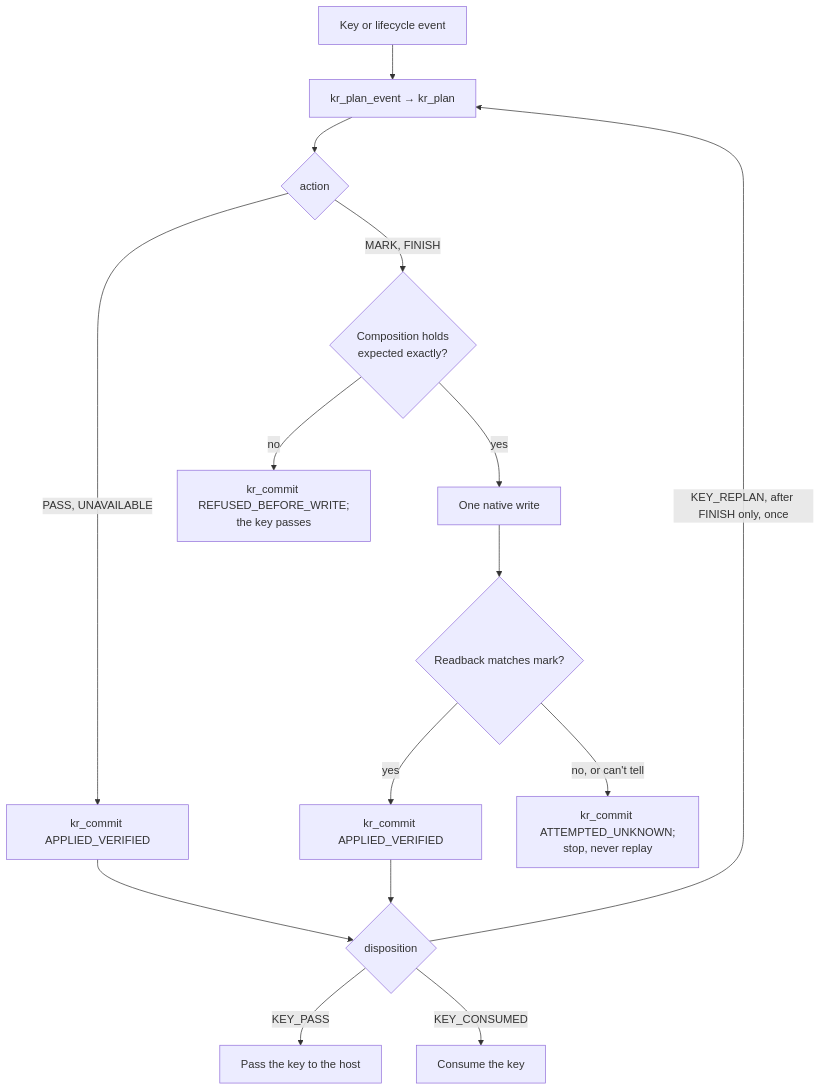
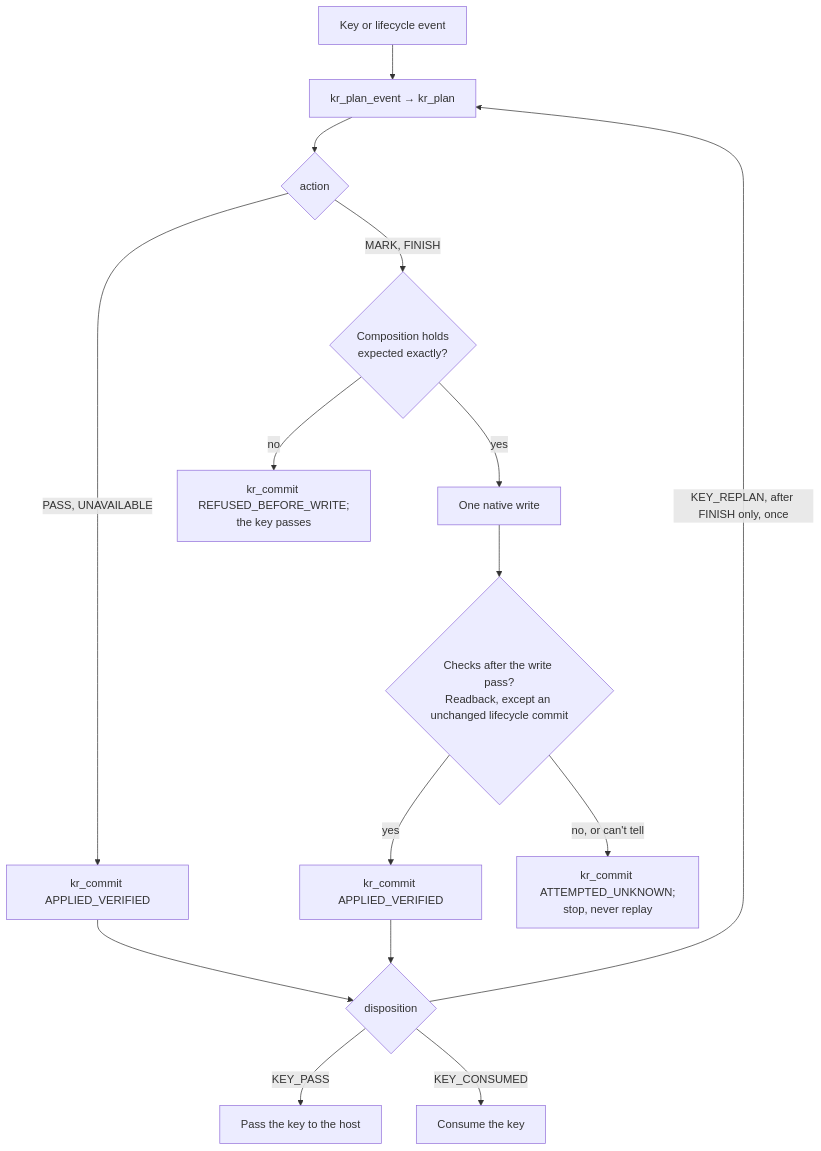
One commit to megabyde/keyrill changed the first of 2 diagrams in docs/porting.md. Above: the diagram before and after it, drawn with Mermaid. The commit also changed other lines of this file and 11 other files, not shown here.

First line of the commit message:
docs: edit contract, invariant evidence map and diagram status (#15)

````diff
--- a/docs/porting.md
+++ b/docs/porting.md
@@ -57,17 +57,17 @@
 ```mermaid
 flowchart TD
     K[Key or lifecycle event] --> P["kr_plan_event → kr_plan"]
     P --> A{action}
     A -->|"PASS, UNAVAILABLE"| C0["kr_commit APPLIED_VERIFIED"]
     A -->|"MARK, FINISH"| V{"Composition holds<br/>expected exactly?"}
     V -->|no| R["kr_commit REFUSED_BEFORE_WRITE;<br/>the key passes"]
     V -->|yes| W[One native write]
-    W --> RB{Readback matches mark?}
+    W --> RB{"Checks after the write pass?<br/>Readback, except an unchanged lifecycle commit"}
     RB -->|yes| OK["kr_commit APPLIED_VERIFIED"]
     RB -->|"no, or can't tell"| U["kr_commit ATTEMPTED_UNKNOWN;<br/>stop, never replay"]
     OK --> D{disposition}
     C0 --> D
     D -->|KEY_PASS| HP[Pass the key to the host]
     D -->|KEY_CONSUMED| HC[Consume the key]
     D -->|"KEY_REPLAN, after FINISH only, once"| P
 ```
````
